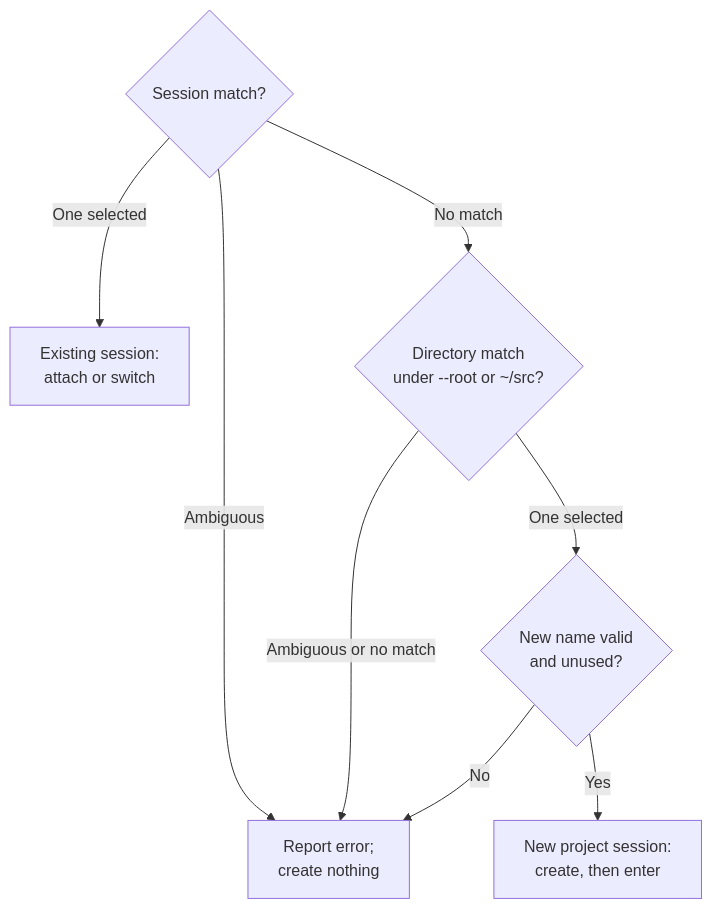
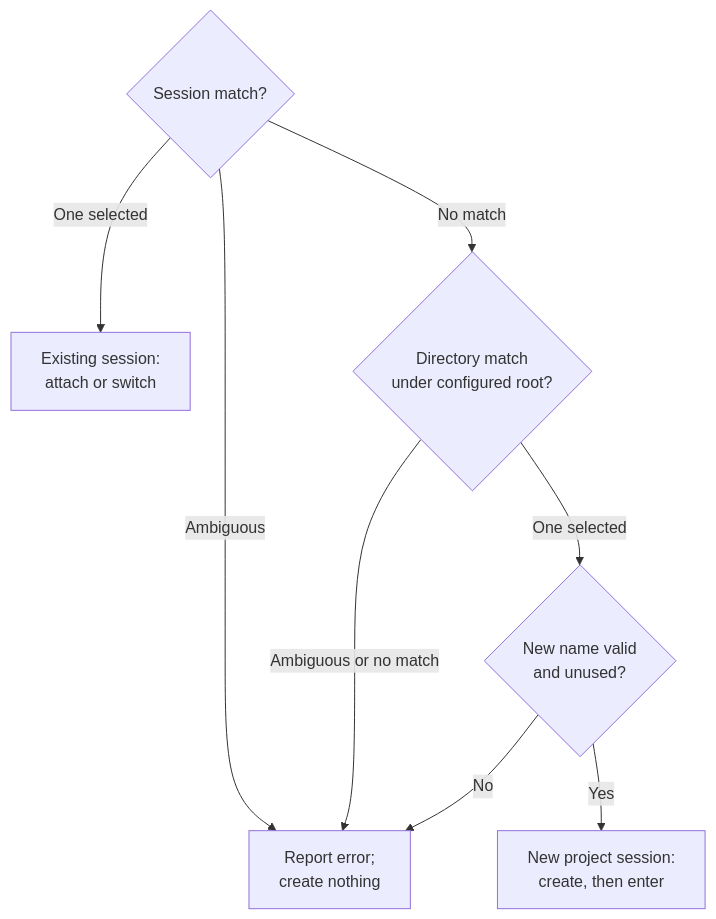
One commit to rektide/tta changed the diagram in README.md. Above: the diagram before and after it, drawn with Mermaid. The commit also changed other lines of this file, not shown here.

````diff
--- a/README.md
+++ b/README.md
@@ -63,10 +66,10 @@
 ```mermaid
 flowchart TD
     matchSession{"Session match?"} -->|One selected| useSession["Existing session:<br/>attach or switch"]
     matchSession -->|Ambiguous| stopResolution["Report error;<br/>create nothing"]
-    matchSession -->|No match| matchProject{"Directory match<br/>under --root or ~/src?"}
+    matchSession -->|No match| matchProject{"Directory match<br/>under configured root?"}
     matchProject -->|Ambiguous or no match| stopResolution
     matchProject -->|One selected| validateName{"New name valid<br/>and unused?"}
     validateName -->|No| stopResolution
     validateName -->|Yes| createSession["New project session:<br/>create, then enter"]
 ```
````
